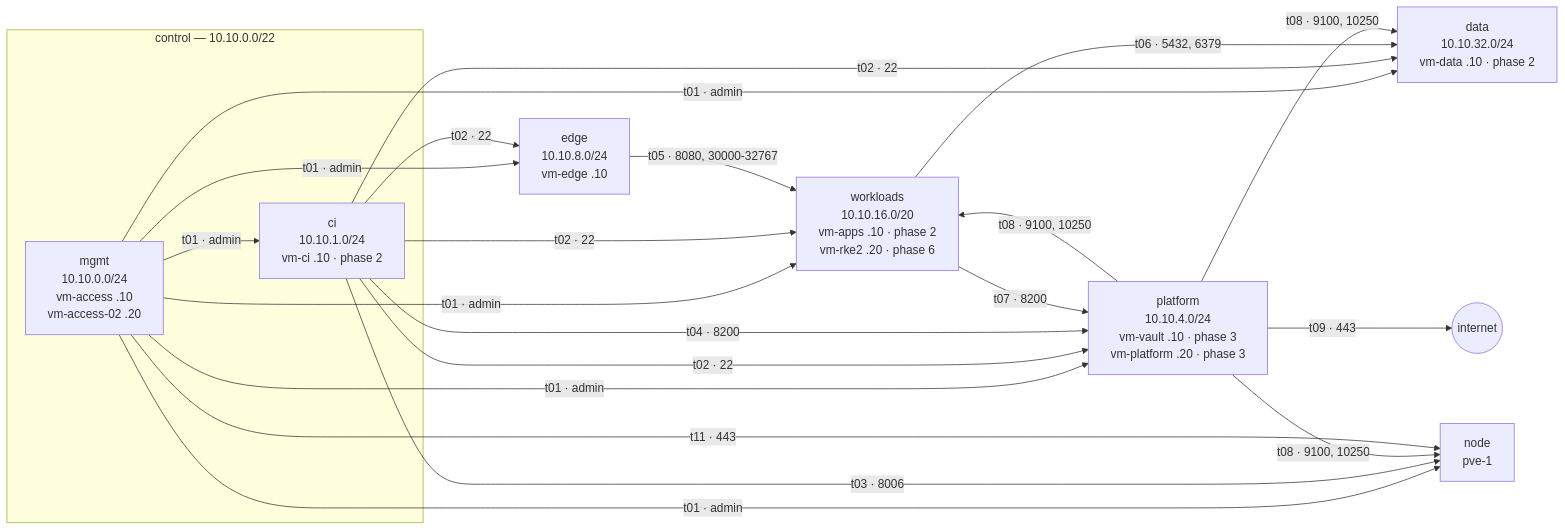
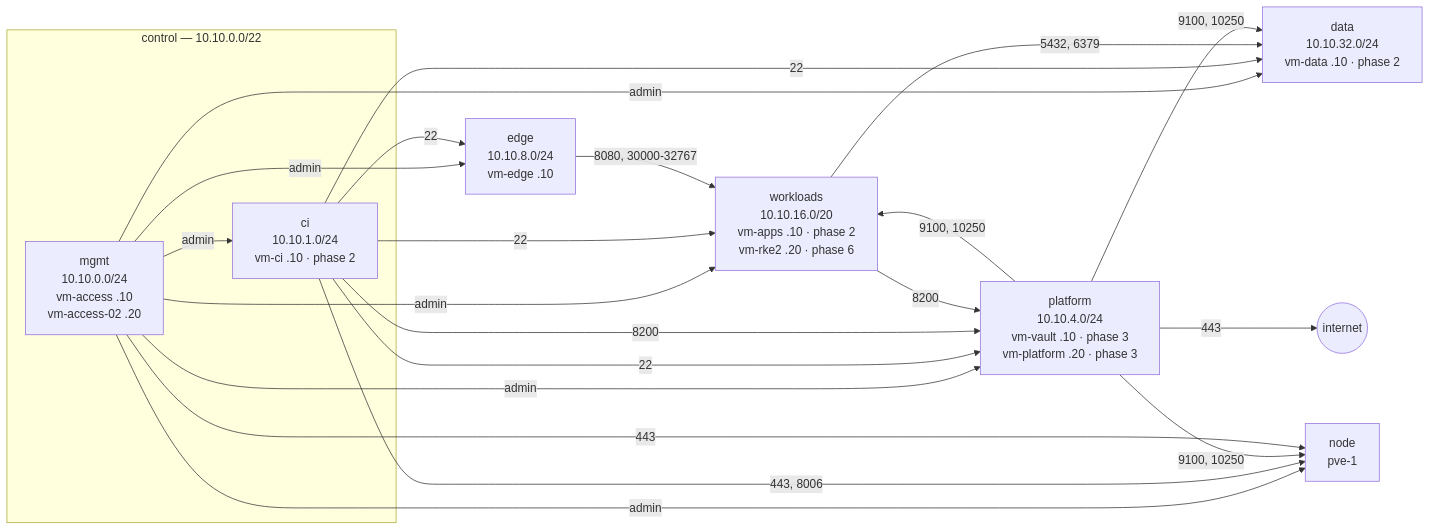
One commit to 0xc0-homelab/infrastructure changed the second of 6 diagrams in docs/architecture.md. Above: the diagram before and after it, drawn with Mermaid. The commit also changed other lines of this file and 17 other files, not shown here.

````diff
--- a/docs/architecture.md
+++ b/docs/architecture.md
@@ -86,24 +88,24 @@
 ```mermaid
 flowchart LR
   subgraph control["control — 10.10.0.0/22"]
     mgmt["mgmt<br/>10.10.0.0/24<br/>vm-access .10<br/>vm-access-02 .20"]
     ci["ci<br/>10.10.1.0/24<br/>vm-ci .10 · phase 2"]
   end
   platform["platform<br/>10.10.4.0/24<br/>vm-vault .10 · phase 3<br/>vm-platform .20 · phase 3"]
   edge["edge<br/>10.10.8.0/24<br/>vm-edge .10"]
   workloads["workloads<br/>10.10.16.0/20<br/>vm-apps .10 · phase 2<br/>vm-rke2 .20 · phase 6"]
   data["data<br/>10.10.32.0/24<br/>vm-data .10 · phase 2"]
   node["node<br/>pve-1"]
   internet(("internet"))
 
-  mgmt -- "t01 · admin" --> ci & platform & edge & workloads & data & node
-  ci -- "t02 · 22" --> edge & platform & workloads & data
-  ci -- "t03 · 8006" --> node
-  ci -- "t04 · 8200" --> platform
-  edge -- "t05 · 8080, 30000-32767" --> workloads
-  workloads -- "t06 · 5432, 6379" --> data
-  workloads -- "t07 · 8200" --> platform
-  platform -- "t08 · 9100, 10250" --> workloads & data & node
-  platform -- "t09 · 443" --> internet
-  mgmt -- "t11 · 443" --> node
+  mgmt -- "admin" --> ci & platform & edge & workloads & data & node
+  ci -- "22" --> edge & platform & workloads & data
+  ci -- "443, 8006" --> node
+  ci -- "8200" --> platform
+  edge -- "8080, 30000-32767" --> workloads
+  workloads -- "5432, 6379" --> data
+  workloads -- "8200" --> platform
+  platform -- "9100, 10250" --> workloads & data & node
+  platform -- "443" --> internet
+  mgmt -- "443" --> node
 ```
````
